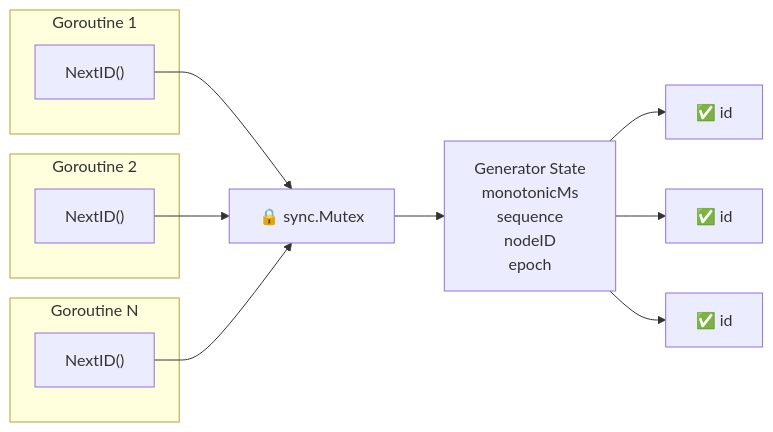
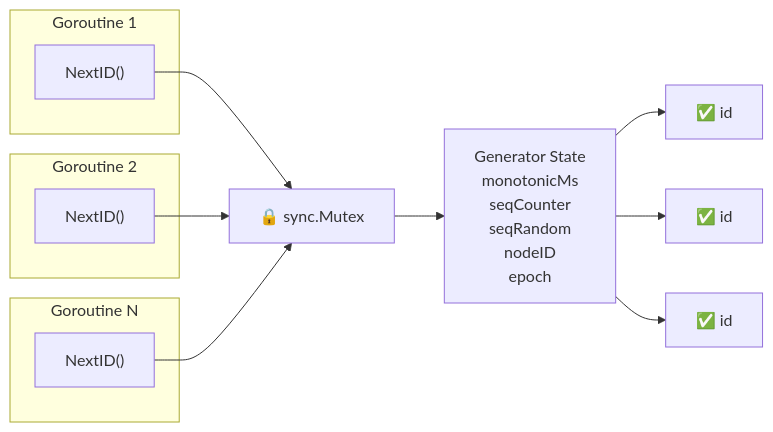
The fourth of 5 diagrams in docs/design/snowflake-algorithm-workflow.md (Albe83/snowflake-id-service), drawn with Mermaid before and after one commit. The commit also changed other lines of this file, not shown here.

Commit message:
docs(design): apply hybrid sequence (counter + random bits) to all diagrams

````diff
--- a/docs/design/snowflake-algorithm-workflow.md
+++ b/docs/design/snowflake-algorithm-workflow.md
@@ -92,20 +94,20 @@
 ```mermaid
 flowchart LR
     subgraph "Goroutine 1"
         G1["NextID()"]
     end
     subgraph "Goroutine 2"
         G2["NextID()"]
     end
     subgraph "Goroutine N"
         GN["NextID()"]
     end
 
     G1 --> M["🔒 sync.Mutex"]
     G2 --> M
     GN --> M
-    M --> Gen["Generator State<br>monotonicMs<br>sequence<br>nodeID<br>epoch"]
+    M --> Gen["Generator State<br>monotonicMs<br>seqCounter<br>seqRandom<br>nodeID<br>epoch"]
     Gen --> ID1["✅ id"]
     Gen --> ID2["✅ id"]
     Gen --> IDN["✅ id"]
 ```
````
